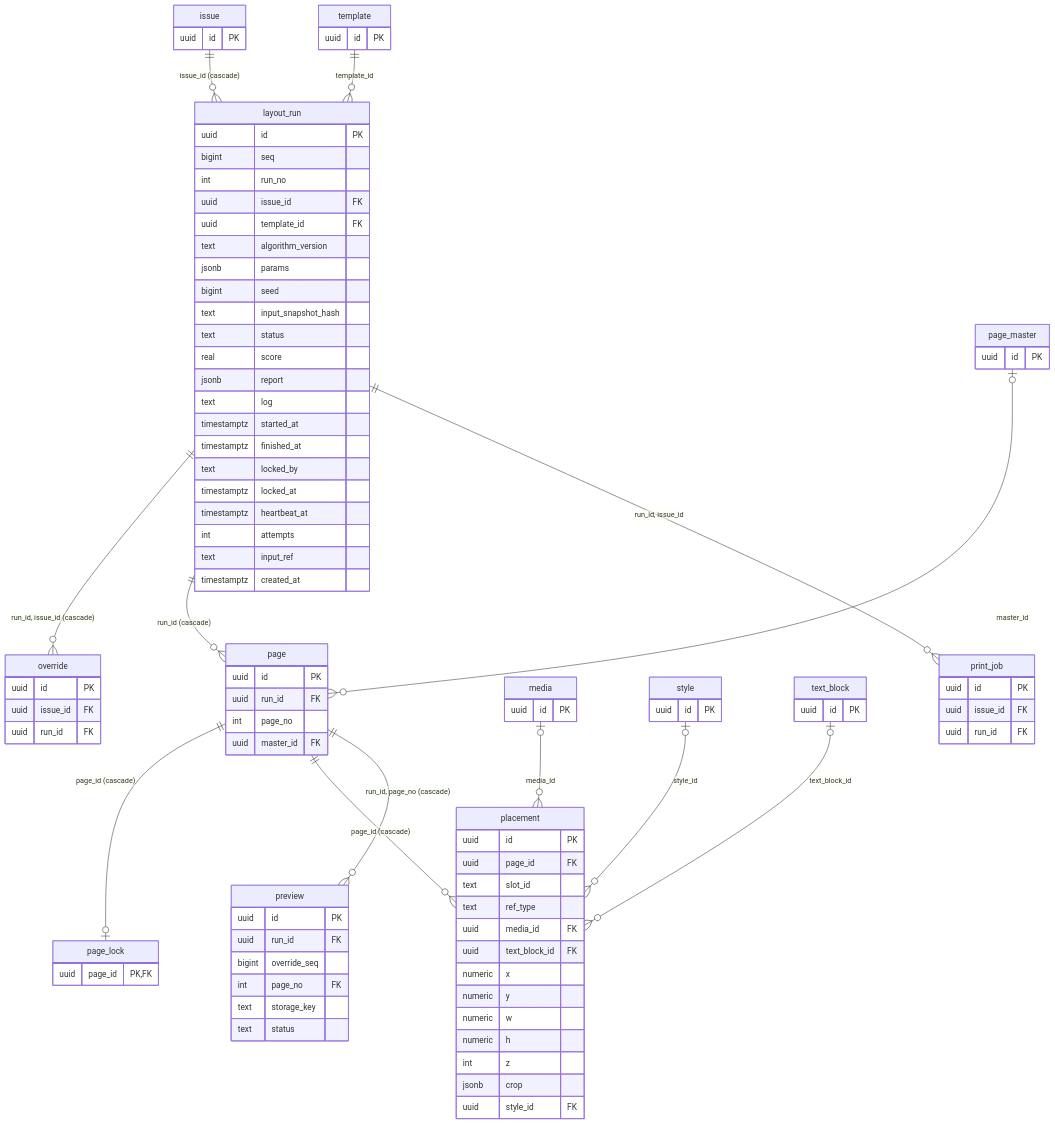
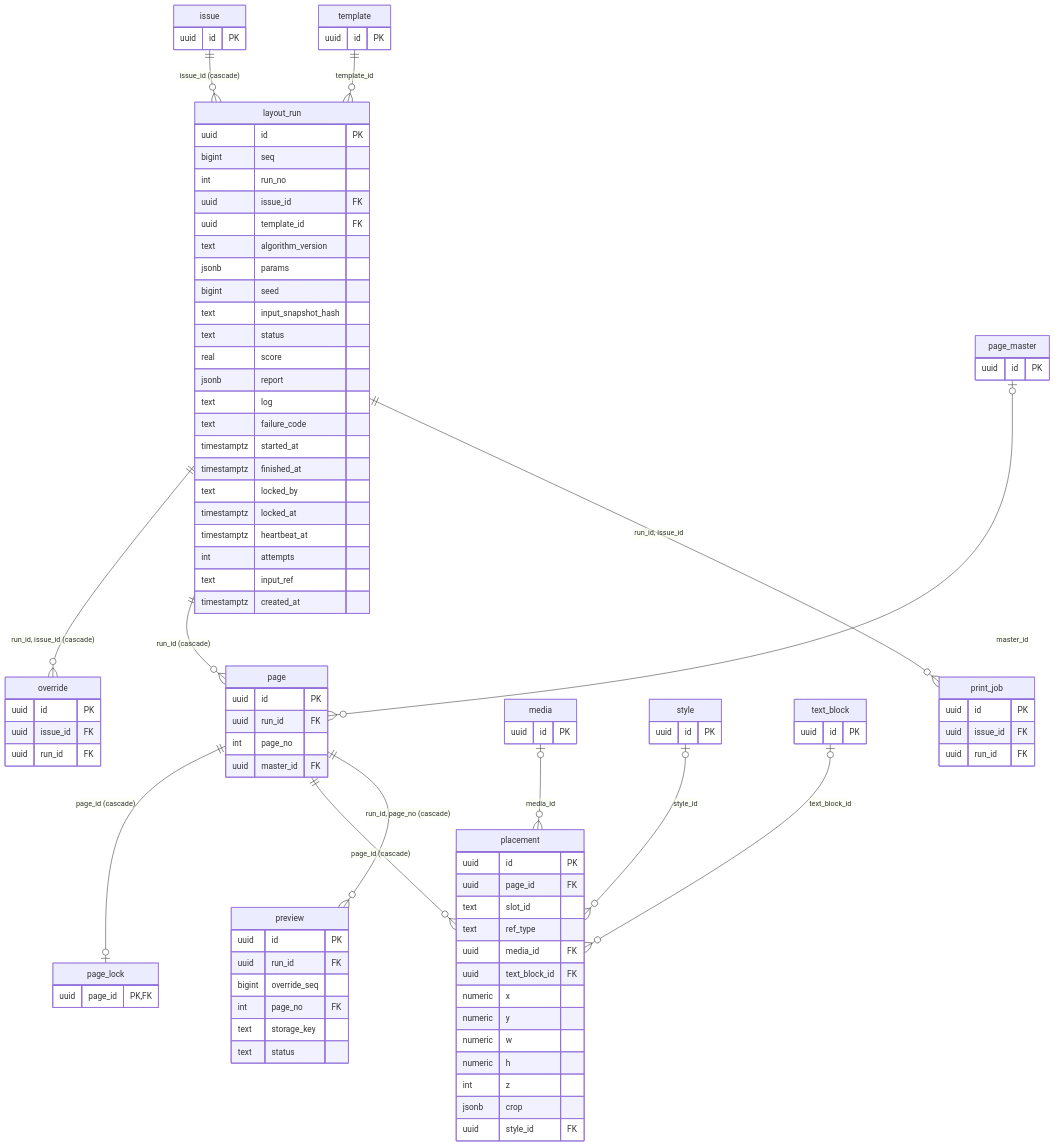
Before and after one commit to js1211-code/bogomagazine: the eighth of 11 diagrams in docs/erd.md, drawn with Mermaid. The commit also changed other lines of this file and 8 other files, not shown here.

```diff
--- a/docs/erd.md
+++ b/docs/erd.md
@@ -715,6 +715,7 @@
         real score
         jsonb report
         text log
+        text failure_code
         timestamptz started_at
         timestamptz finished_at
         text locked_by
```
